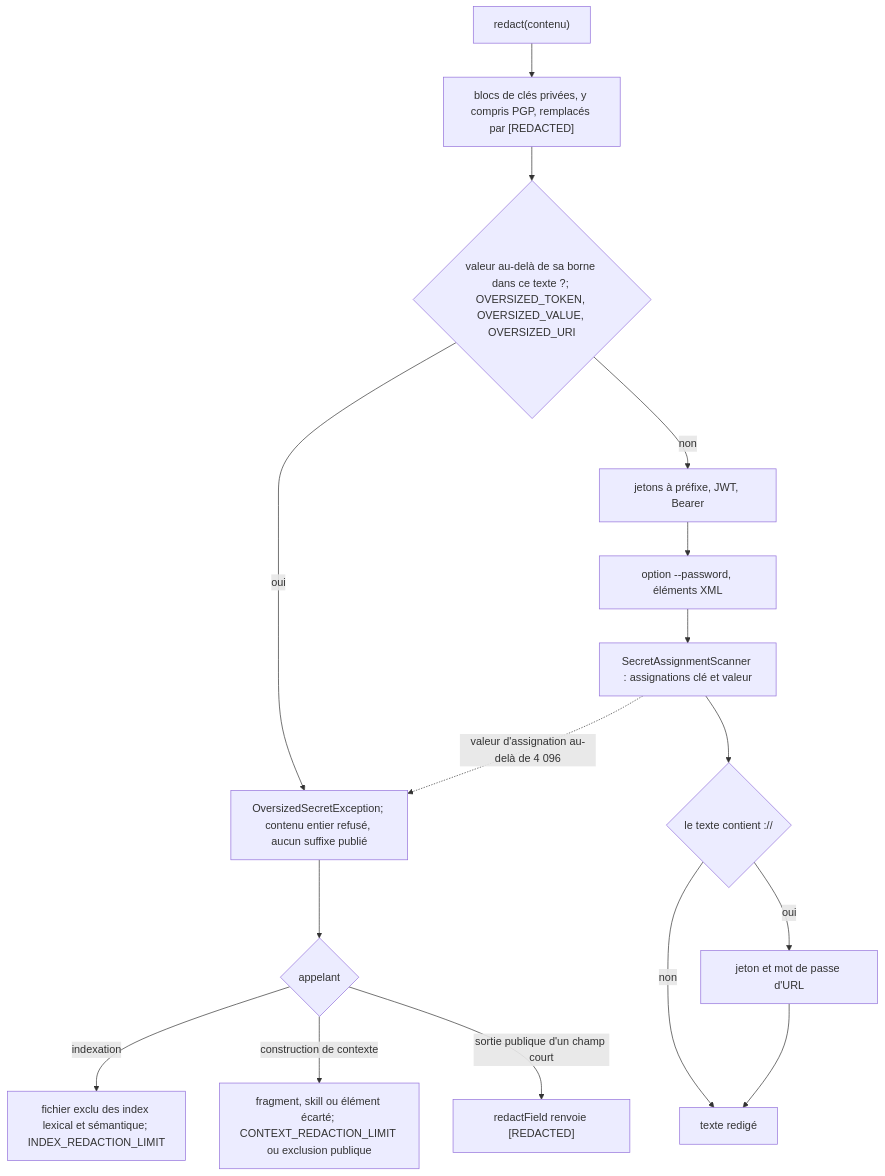
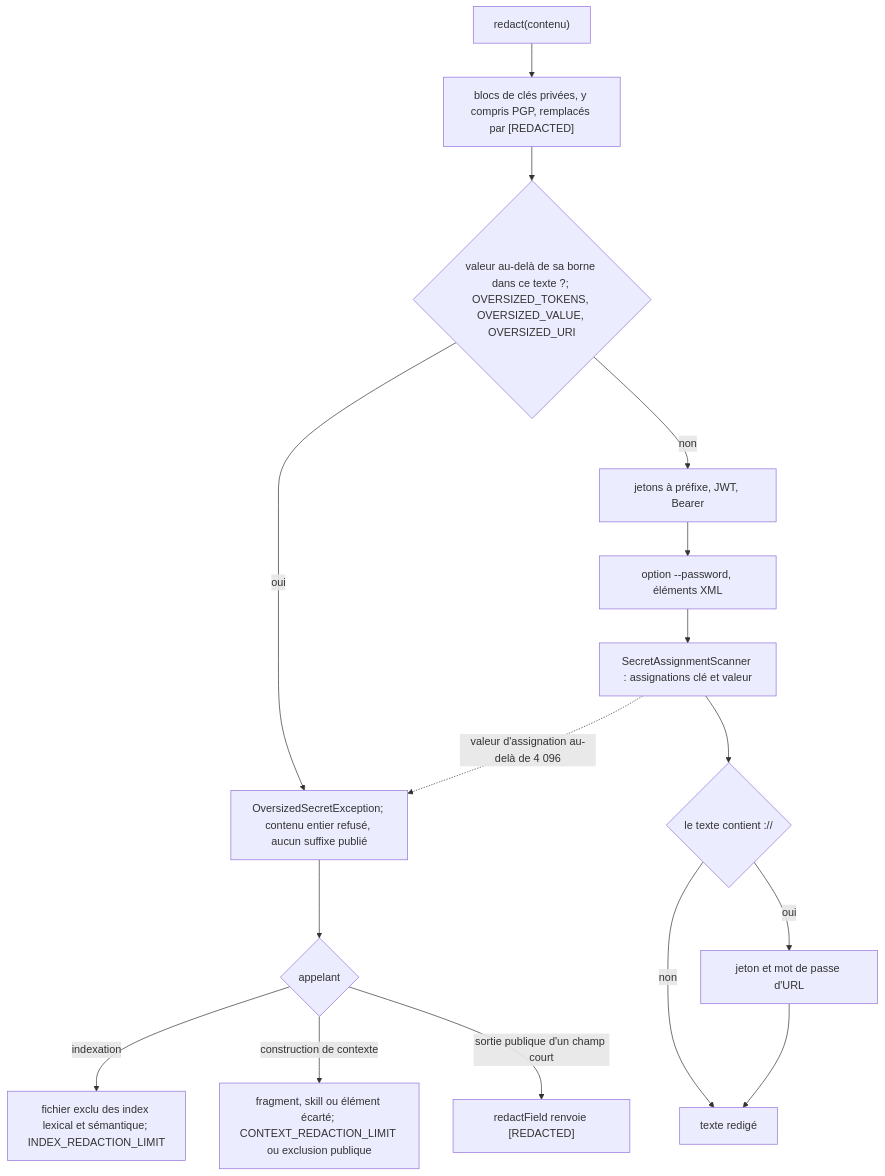
The second of 4 diagrams in docs/developer/secret-redaction.md (FTurleque/nexus-context-engine), drawn with Mermaid before and after one commit. The commit also changed other lines of this file and 5 other files, not shown here.

````diff
--- a/docs/developer/secret-redaction.md
+++ b/docs/developer/secret-redaction.md
@@ -136,18 +136,18 @@
 ```mermaid
 flowchart TD
     A["redact(contenu)"] --> C["blocs de clés privées, y compris PGP, remplacés par [REDACTED]"]
-    C --> B{"valeur au-delà de sa borne dans ce texte ?; OVERSIZED_TOKEN, OVERSIZED_VALUE, OVERSIZED_URI"}
+    C --> B{"valeur au-delà de sa borne dans ce texte ?; OVERSIZED_TOKENS, OVERSIZED_VALUE, OVERSIZED_URI"}
     B -- oui --> X["OversizedSecretException; contenu entier refusé, aucun suffixe publié"]
     B -- non --> D["jetons à préfixe, JWT, Bearer"]
     D --> E["option --password, éléments XML"]
     E --> F["SecretAssignmentScanner : assignations clé et valeur"]
     F --> G{"le texte contient ://"}
     G -- oui --> H["jeton et mot de passe d'URL"]
     G -- non --> R["texte redigé"]
     H --> R
     F -. "valeur d'assignation au-delà de 4 096" .-> X
     X --> I{"appelant"}
     I -- "indexation" --> I1["fichier exclu des index lexical et sémantique; INDEX_REDACTION_LIMIT"]
     I -- "construction de contexte" --> I2["fragment, skill ou élément écarté; CONTEXT_REDACTION_LIMIT ou exclusion publique"]
     I -- "sortie publique d'un champ court" --> I3["redactField renvoie [REDACTED]"]
 ```
````
